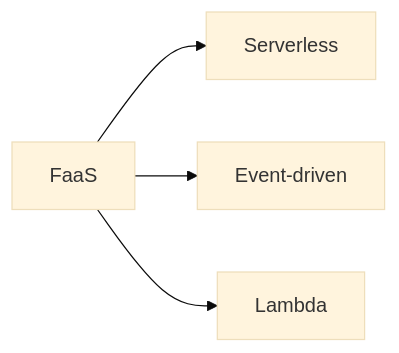
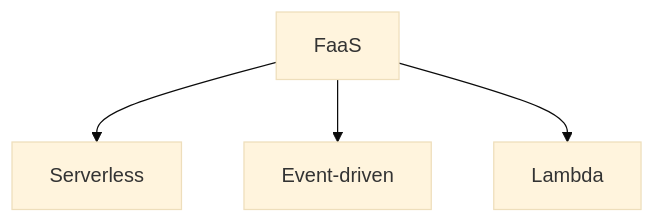
One commit to zyrass/omnydocs changed diagram 11 of 31 in docs/glossaire/cloud-computing.md. Above: the diagram before and after it, drawn with Mermaid (base theme). The commit also changed other lines of this file and 1780 other files, not shown here.

````diff
--- a/docs/glossaire/cloud-computing.md
+++ b/docs/glossaire/cloud-computing.md
@@ -224,6 +270,6 @@
-    ```mermaid
-    graph LR
-        A[FaaS] --> B[Serverless]
-        A --> C[Event-driven]
-        A --> D[Lambda]
-    ```
+```mermaid
+graph TB
+    A[FaaS] --> B[Serverless]
+    A --> C[Event-driven]
+    A --> D[Lambda]
+```
````
